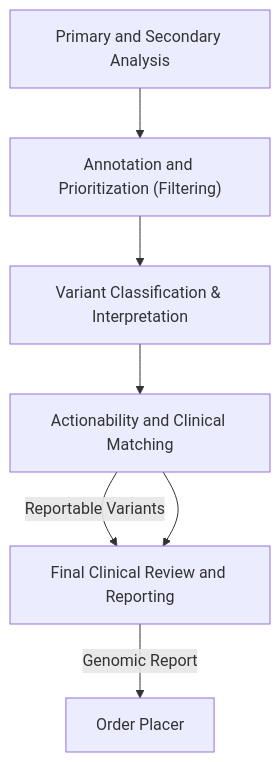
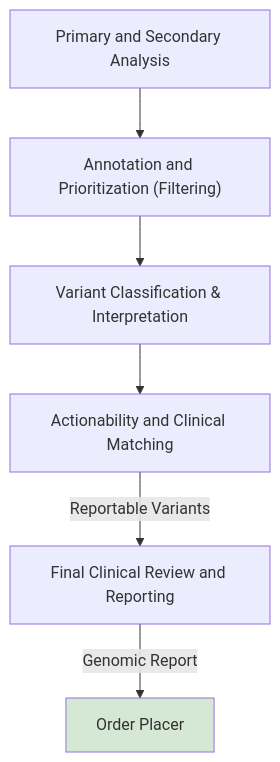
The diagram in input/pagecontent/reportable-variants.md (nw-gmsa/nw-gmsa.github.com), drawn with Mermaid before and after one commit.

Commit message:
Reportable Variants

````diff
--- a/input/pagecontent/reportable-variants.md
+++ b/input/pagecontent/reportable-variants.md
@@ -5,20 +5,19 @@
 ```mermaid
 graph
 
 analysis[Primary and Secondary Analysis]
 filtering["Annotation and Prioritization (Filtering)"]
 classification[Variant Classification & Interpretation]
 action[Actionability and Clinical Matching]
 report[Final Clinical Review and Reporting]
 placer[Order Placer]
 
 analysis --> filtering
 filtering --> classification
 classification --> action
 action --> |Reportable Variants| report
 report --> |Genomic Report| placer  
 
   classDef green fill:#D5E8D4;
-  class placer greention
-action --> report
+  class placer green
 ```
````
